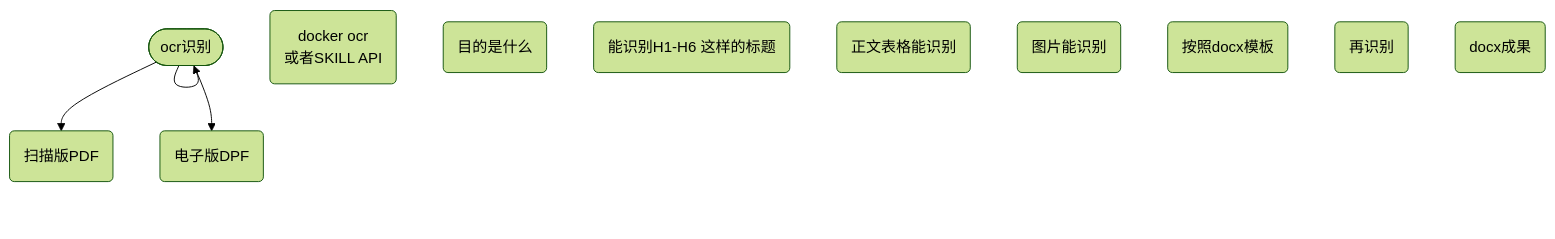
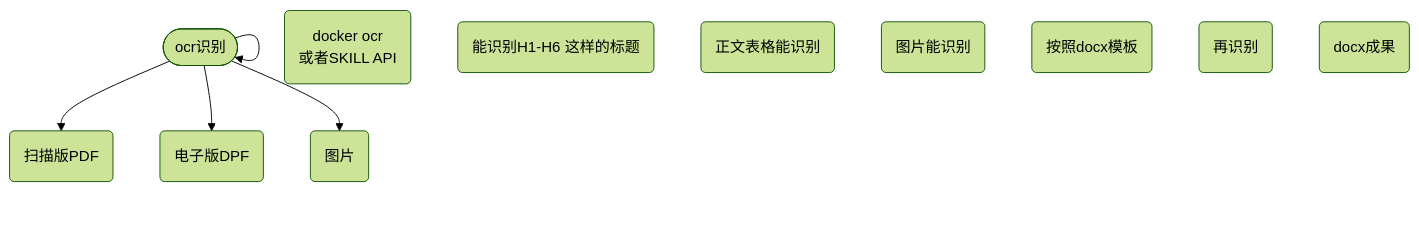
The diagram in notes/未命名_da3b1e9d-46b8-4fe8-a207-538027b2306b.md (fireflysss/mermaid-notes), drawn with Mermaid (forest theme) before and after one commit. The commit also changed 3 other files, not shown here.

Commit message:
Sync Mermaid Studio data (12 diagrams)

````diff
--- a/notes/未命名_da3b1e9d-46b8-4fe8-a207-538027b2306b.md
+++ b/notes/未命名_da3b1e9d-46b8-4fe8-a207-538027b2306b.md
@@ -3,18 +3,19 @@
 ```mermaid
 flowchart TD
   n_0(["ocr识别"])
   n_1("扫描版PDF")
   n_2("电子版DPF")
   n_3("docker ocr<br/>或者SKILL API")
-  n_4("目的是什么")
+  n_4("图片")
   n_5("能识别H1-H6 这样的标题")
   n_6("正文表格能识别")
   n_7("图片能识别")
   n_8("按照docx模板")
   n_9("再识别")
   n_10("docx成果")
   n_0 --> n_0
   n_0 --> n_1
   n_0 --> n_2
+  n_0 --> n_4
 
 ```
````
